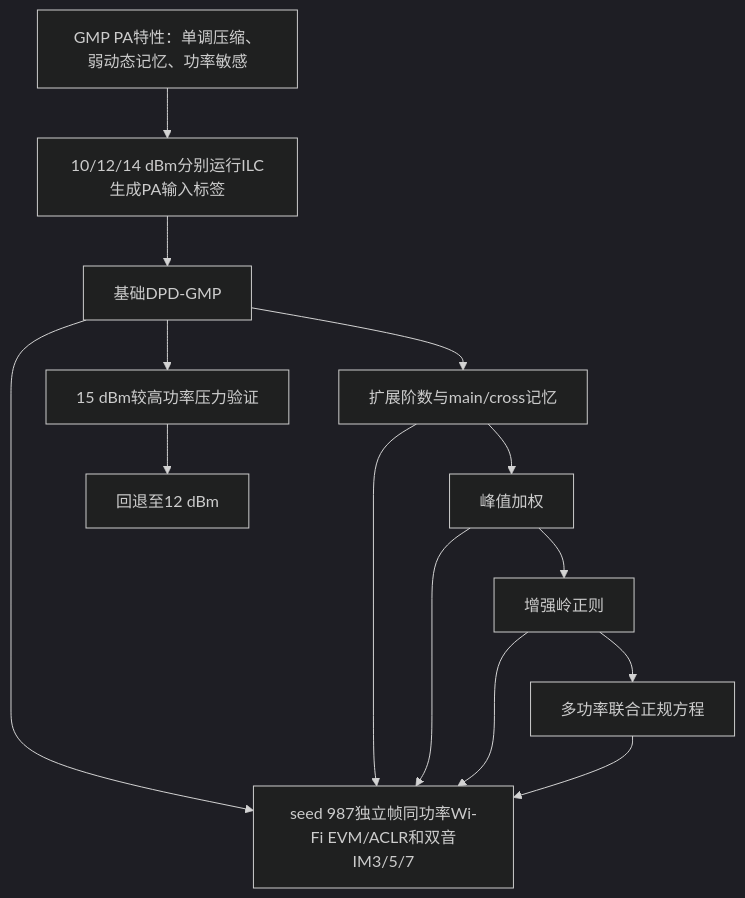
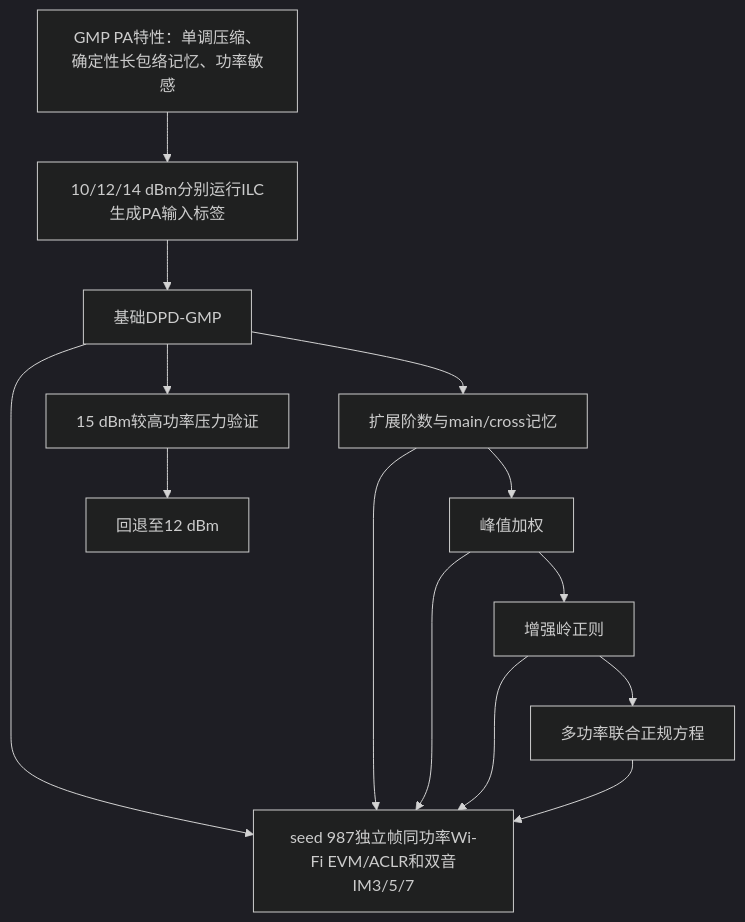
The second of 2 diagrams in doc/PaAnalyse.md (niyilu45/DPD_ILC), drawn with Mermaid (dark theme) before and after one commit. The commit also changed other lines of this file and 26 other files, not shown here.

````diff
--- a/doc/PaAnalyse.md
+++ b/doc/PaAnalyse.md
@@ -597,16 +597,16 @@
 ```mermaid
 flowchart TD
-    paResult["GMP PA特性：单调压缩、弱动态记忆、功率敏感"] --> label["10/12/14 dBm分别运行ILC生成PA输入标签"]
+    paResult["GMP PA特性：单调压缩、确定性长包络记忆、功率敏感"] --> label["10/12/14 dBm分别运行ILC生成PA输入标签"]
     label --> basic["基础DPD-GMP"]
     basic --> memory["扩展阶数与main/cross记忆"]
     memory --> peak["峰值加权"]
     peak --> ridge["增强岭正则"]
     ridge --> multi["多功率联合正规方程"]
     basic --> stress["15 dBm较高功率压力验证"]
     stress --> backoff["回退至12 dBm"]
     basic --> metrics["seed 987独立帧同功率Wi-Fi EVM/ACLR和双音IM3/5/7"]
     memory --> metrics
     peak --> metrics
     ridge --> metrics
     multi --> metrics
 ```
````
